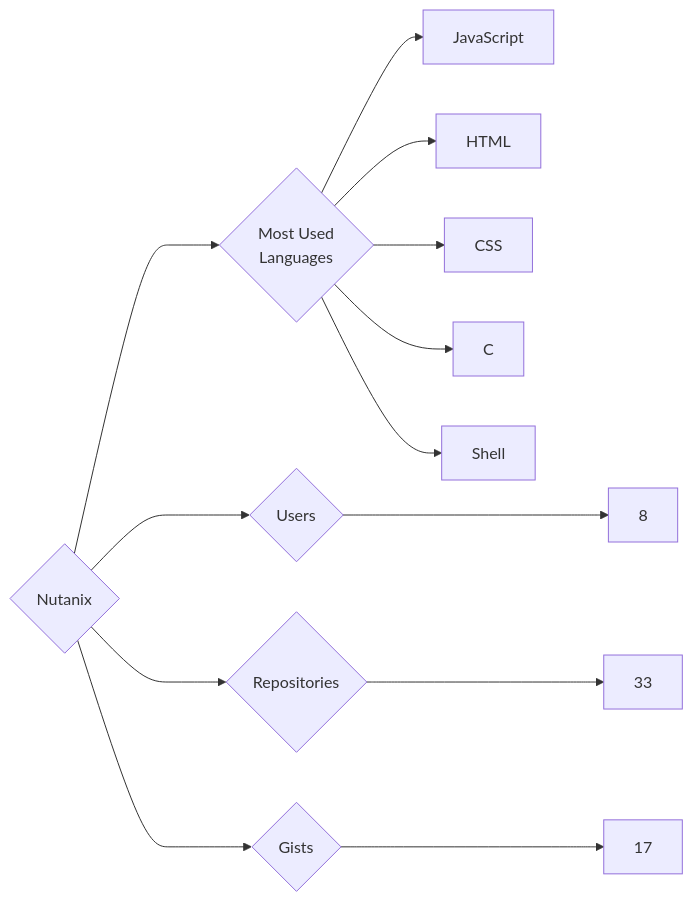
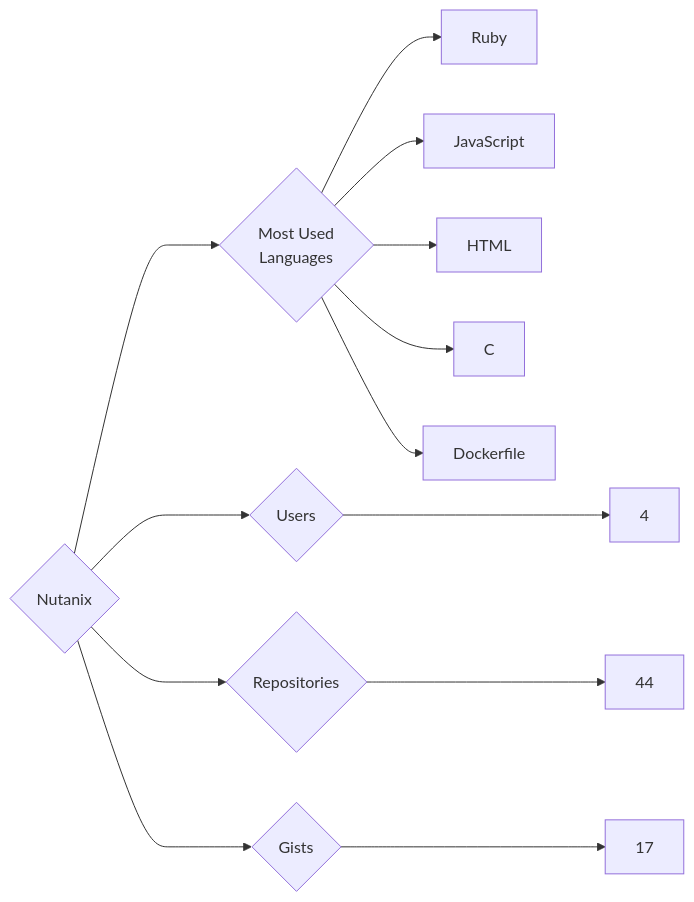
The diagram in targets/Nutanix/README.md (trickest/insiders), drawn with Mermaid before and after one commit. The commit also changed 1248 other files, not shown here.

````diff
--- a/targets/Nutanix/README.md
+++ b/targets/Nutanix/README.md
@@ -3,13 +3,13 @@
 ```mermaid
 graph LR
 COMPANY_NAME{Nutanix}
-COMPANY_NAME ---> U{Users} ---> UN[8]
-COMPANY_NAME ---> R{Repositories} ---> RN[33]
+COMPANY_NAME ---> U{Users} ---> UN[4]
+COMPANY_NAME ---> R{Repositories} ---> RN[44]
 COMPANY_NAME ---> G{Gists} ---> GN[17]
 COMPANY_NAME ---> ML{Most Used<br>Languages}
+ML --> Ruby[Ruby]
 ML --> JavaScript[JavaScript]
 ML --> HTML[HTML]
-ML --> CSS[CSS]
 ML --> C[C]
-ML --> Shell[Shell]
+ML --> Dockerfile[Dockerfile]
 ```
````
